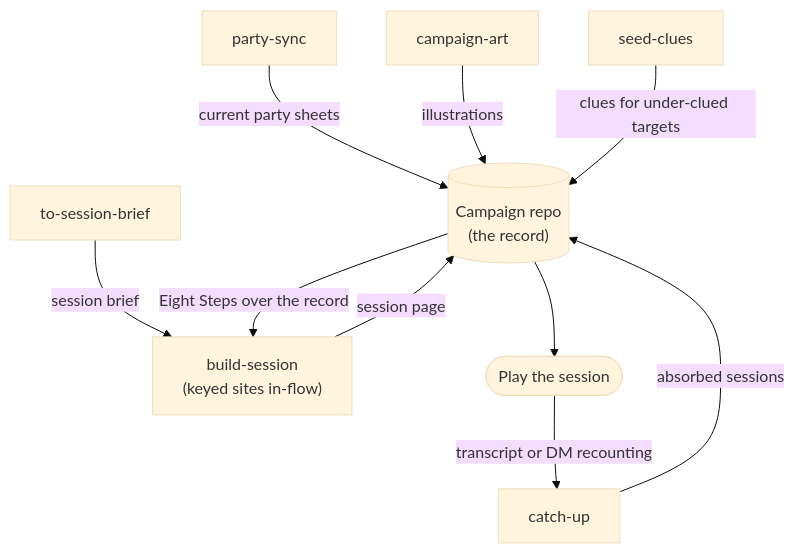
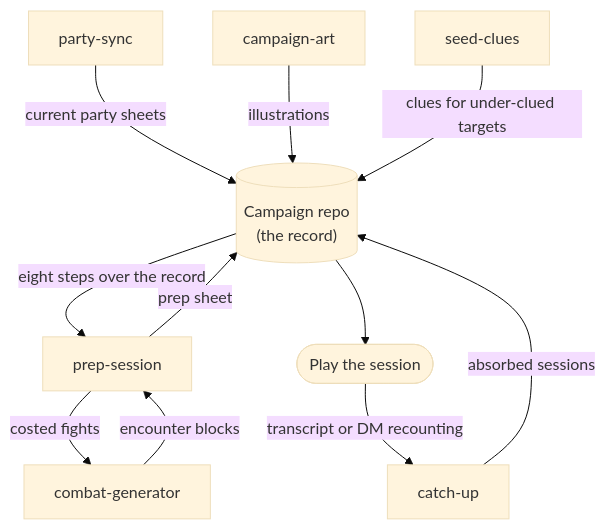
Before and after one commit to bmoo/dm-skills: the diagram in README.md, drawn with Mermaid (base theme). The commit also changed other lines of this file and 11 other files, not shown here.

````diff
--- a/README.md
+++ b/README.md
@@ -90,15 +88,16 @@
 ```mermaid
 flowchart TD
     repo[("Campaign repo<br/>(the record)")]
 
-    brief["to-session-brief"] -- "session brief" --> build["build-session<br/>(keyed sites in-flow)"]
-    repo -- "Eight Steps over the record" --> build
-    build -- "session page" --> repo
+    repo -- "eight steps over the record" --> prep["prep-session"]
+    prep -- "costed fights" --> combat["combat-generator"]
+    combat -- "encounter blocks" --> prep
+    prep -- "prep sheet" --> repo
     repo --> play(["Play the session"])
     play -- "transcript or DM recounting" --> catchup["catch-up"]
     catchup -- "absorbed sessions" --> repo
 
     partysync["party-sync"] -- "current party sheets" --> repo
     art["campaign-art"] -- "illustrations" --> repo
     seed["seed-clues"] -- "clues for under-clued targets" --> repo
 ```
````
